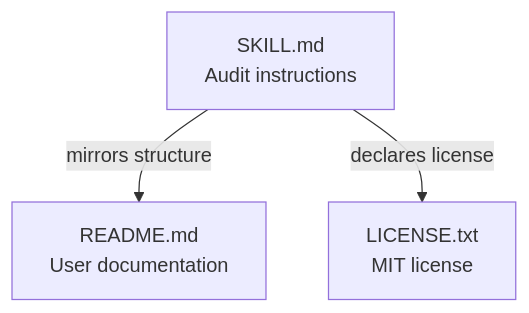
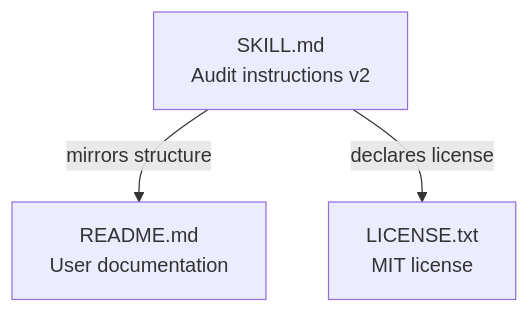
Before and after one commit to jeremyknows/claude-context-audit: the first of 2 diagrams in docs/CODEBASE_MAP.md, drawn with Mermaid. The commit also changed other lines of this file, not shown here.

````diff
--- a/docs/CODEBASE_MAP.md
+++ b/docs/CODEBASE_MAP.md
@@ -13,9 +13,9 @@
 ```mermaid
 flowchart TB
-    SKILL[SKILL.md<br/>Audit instructions]
+    SKILL[SKILL.md<br/>Audit instructions v2]
     README[README.md<br/>User documentation]
     LICENSE[LICENSE.txt<br/>MIT license]
 
     SKILL -->|mirrors structure| README
     SKILL -->|declares license| LICENSE
 ```
````
